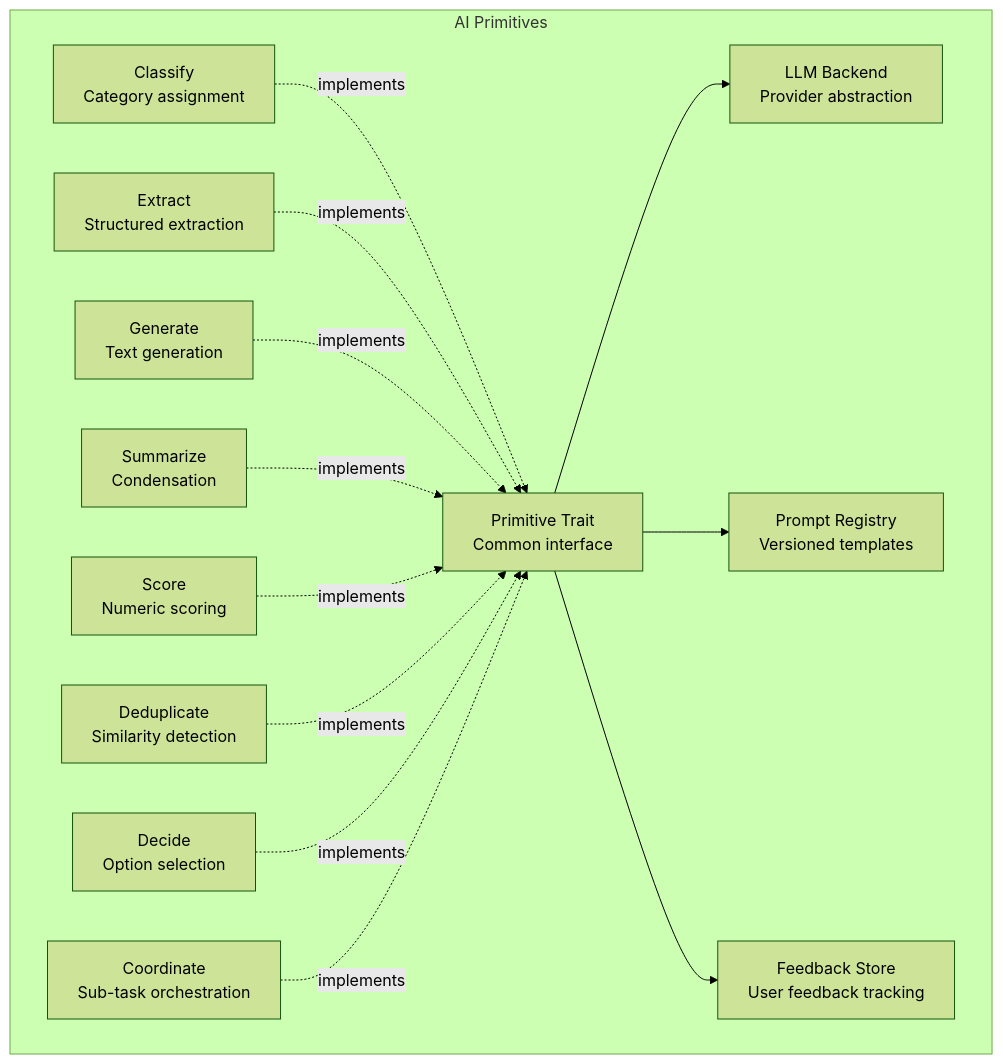
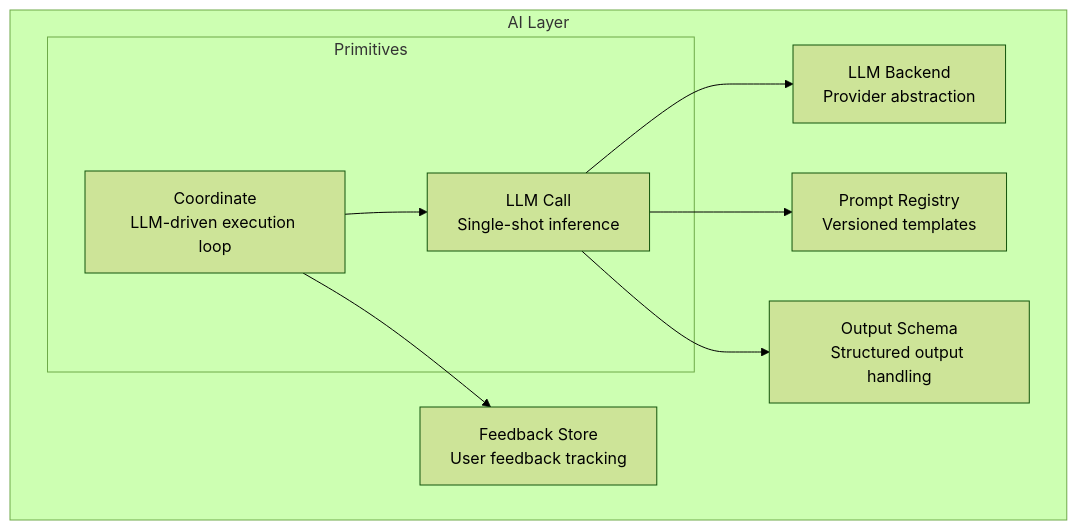
The sixth of 7 diagrams in docs/architecture/ARCHITECTURE.md (Technosorcery/silver-telegram), drawn with Mermaid (forest theme) before and after one commit. The commit also changed other lines of this file, not shown here.

First line of the commit message:
Refine AI primitives to two fundamental operations

````diff
--- a/docs/architecture/ARCHITECTURE.md
+++ b/docs/architecture/ARCHITECTURE.md
@@ -271,34 +271,23 @@
 ```mermaid
 flowchart TB
-    subgraph AI Primitives
-        PT[Primitive Trait<br/>Common interface]
-
-        CLASSIFY[Classify<br/>Category assignment]
-        EXTRACT[Extract<br/>Structured extraction]
-        GENERATE[Generate<br/>Text generation]
-        SUMMARIZE[Summarize<br/>Condensation]
-        SCORE[Score<br/>Numeric scoring]
-        DEDUP[Deduplicate<br/>Similarity detection]
-        DECIDE[Decide<br/>Option selection]
-        COORD[Coordinate<br/>Sub-task orchestration]
+    subgraph AI Layer
+        subgraph Primitives
+            CALL[LLM Call<br/>Single-shot inference]
+            COORD[Coordinate<br/>LLM-driven execution loop]
+        end
 
         LLM[LLM Backend<br/>Provider abstraction]
 
         PROMPTS[Prompt Registry<br/>Versioned templates]
 
+        SCHEMA[Output Schema<br/>Structured output handling]
+
         FB[Feedback Store<br/>User feedback tracking]
     end
 
-    CLASSIFY -.->|implements| PT
-    EXTRACT -.->|implements| PT
-    GENERATE -.->|implements| PT
-    SUMMARIZE -.->|implements| PT
-    SCORE -.->|implements| PT
-    DEDUP -.->|implements| PT
-    DECIDE -.->|implements| PT
-    COORD -.->|implements| PT
-
-    PT --> LLM
-    PT --> PROMPTS
-    PT --> FB
+    CALL --> LLM
+    CALL --> PROMPTS
+    CALL --> SCHEMA
+    COORD --> CALL
+    COORD --> FB
 ```
````
